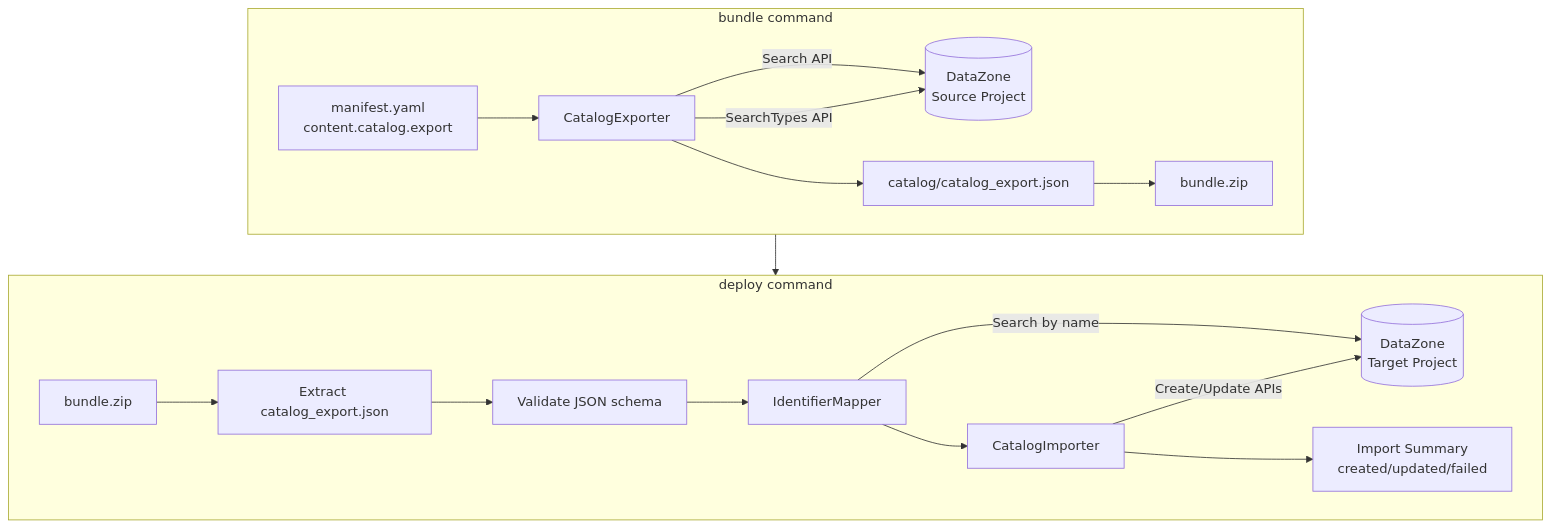
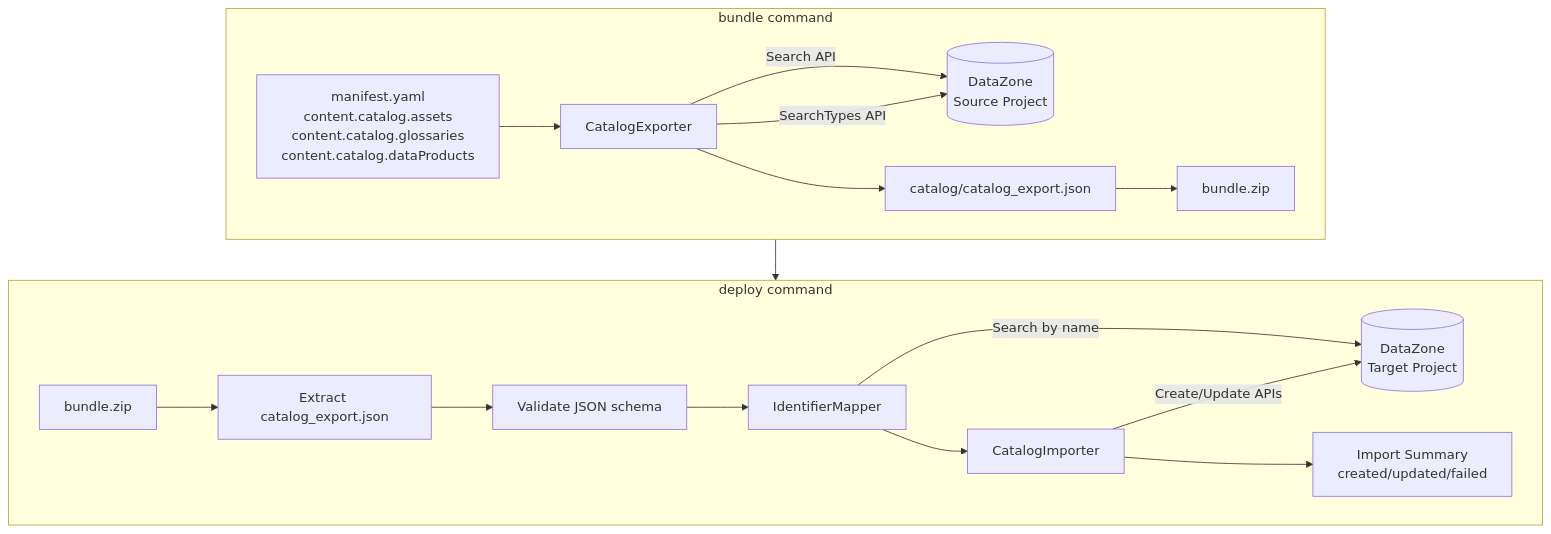
The first of 2 diagrams in .kiro/specs/datazone-catalog-import-export/design.md (vasu2856/CICD-for-SageMakerUnifiedStudio-public), drawn with Mermaid before and after one commit. The commit also changed other lines of this file and 4 other files, not shown here.

First line of the commit message:
docs: expand catalog import/export documentation and refine design

````diff
--- a/.kiro/specs/datazone-catalog-import-export/design.md
+++ b/.kiro/specs/datazone-catalog-import-export/design.md
@@ -13,22 +11,22 @@
 ```mermaid
 flowchart TD
     subgraph Bundle["bundle command"]
-        M[manifest.yaml<br/>content.catalog.export] --> CE[CatalogExporter]
+        M[manifest.yaml<br/>content.catalog.assets<br/>content.catalog.glossaries<br/>content.catalog.dataProducts] --> CE[CatalogExporter]
         CE -->|Search API| DZ1[(DataZone<br/>Source Project)]
         CE -->|SearchTypes API| DZ1
         CE --> JSON[catalog/catalog_export.json]
         JSON --> ZIP[bundle.zip]
     end
 
     subgraph Deploy["deploy command"]
         ZIP2[bundle.zip] --> UNZIP[Extract catalog_export.json]
         UNZIP --> VAL[Validate JSON schema]
         VAL --> IM[IdentifierMapper]
         IM -->|Search by name| DZ2[(DataZone<br/>Target Project)]
         IM --> CI[CatalogImporter]
         CI -->|Create/Update APIs| DZ2
         CI --> SUM[Import Summary<br/>created/updated/failed]
     end
 
     Bundle --> Deploy
 ```
````
